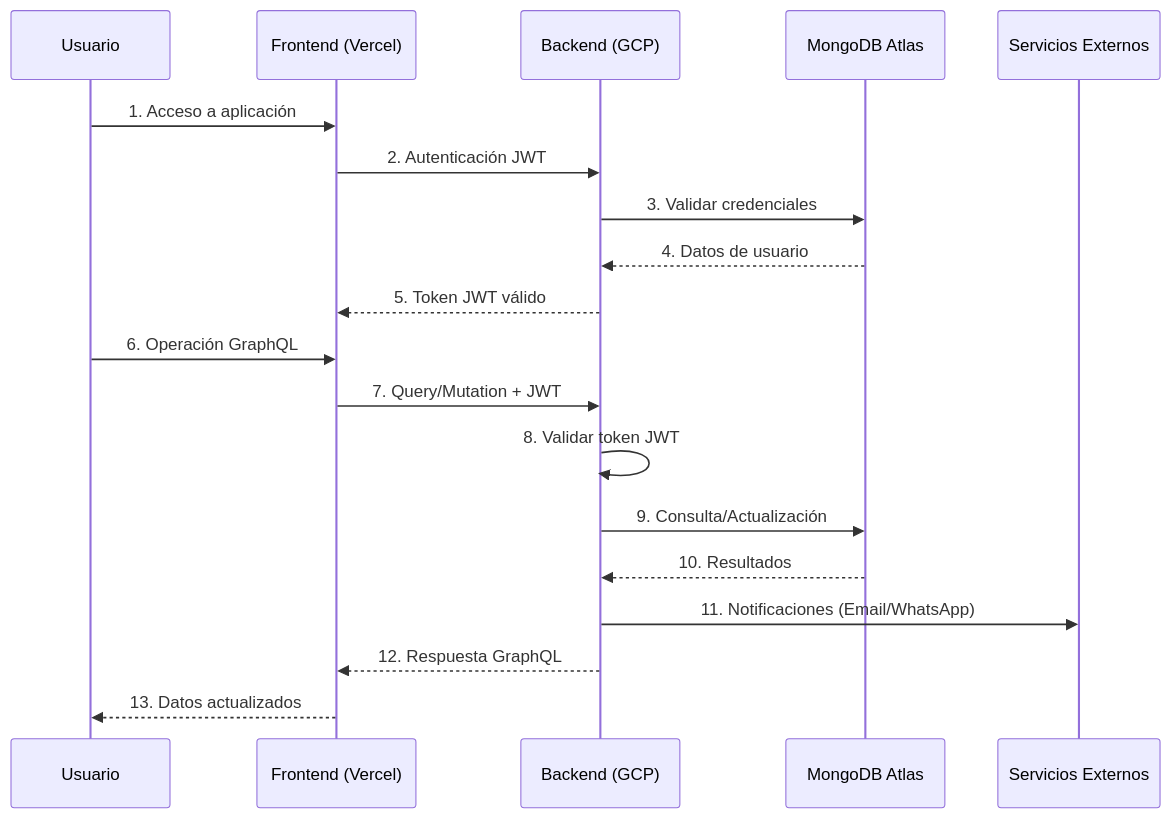
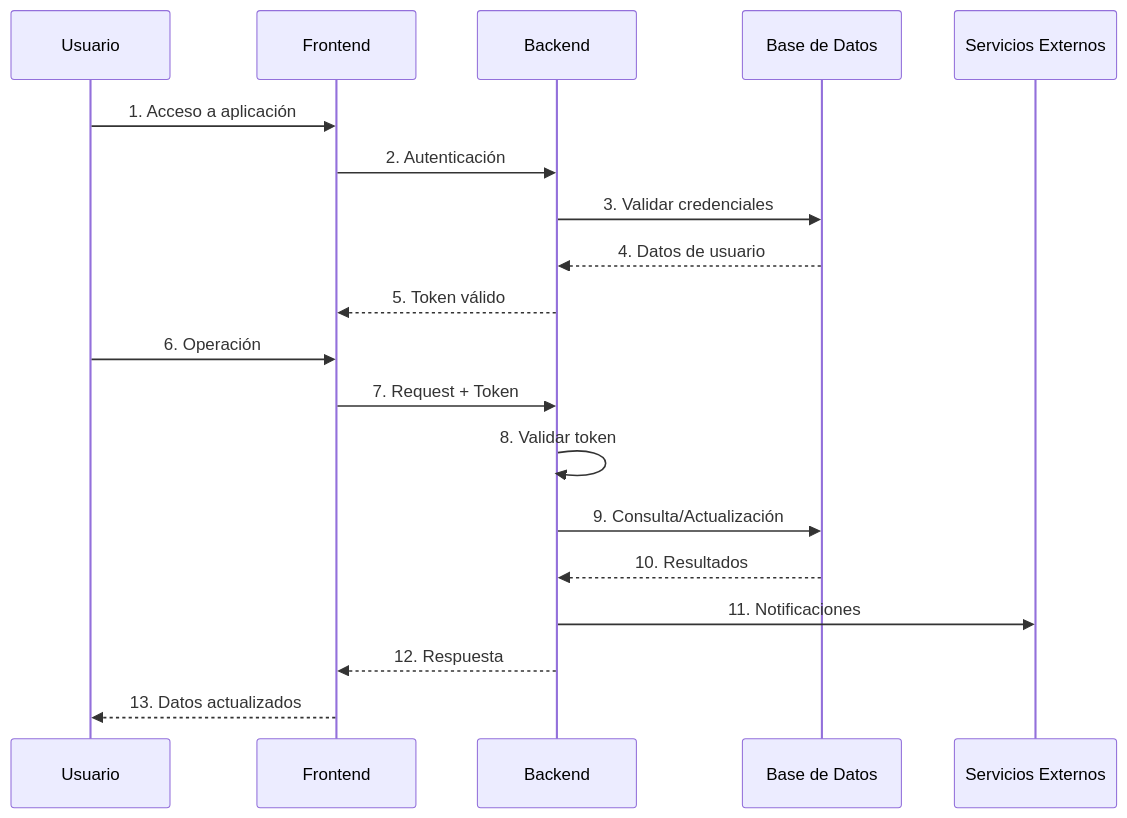
Before and after one commit to Rolf-droid/modulo-requerimiento: the second of 3 diagrams in Diagrama-red.md, drawn with Mermaid. The commit also changed other lines of this file, not shown here.

````diff
--- a/Diagrama-red.md
+++ b/Diagrama-red.md
@@ -107,23 +63,23 @@
 ```mermaid
 sequenceDiagram
     participant U as Usuario
-    participant F as Frontend (Vercel)
-    participant B as Backend (GCP)
-    participant DB as MongoDB Atlas
+    participant F as Frontend
+    participant B as Backend
+    participant DB as Base de Datos
     participant E as Servicios Externos
 
     U->>F: 1. Acceso a aplicación
-    F->>B: 2. Autenticación JWT
+    F->>B: 2. Autenticación
     B->>DB: 3. Validar credenciales
     DB-->>B: 4. Datos de usuario
-    B-->>F: 5. Token JWT válido
+    B-->>F: 5. Token válido
     
-    U->>F: 6. Operación GraphQL
-    F->>B: 7. Query/Mutation + JWT
-    B->>B: 8. Validar token JWT
+    U->>F: 6. Operación
+    F->>B: 7. Request + Token
+    B->>B: 8. Validar token
     B->>DB: 9. Consulta/Actualización
     DB-->>B: 10. Resultados
-    B->>E: 11. Notificaciones (Email/WhatsApp)
-    B-->>F: 12. Respuesta GraphQL
+    B->>E: 11. Notificaciones
+    B-->>F: 12. Respuesta
     F-->>U: 13. Datos actualizados
 ```
````
